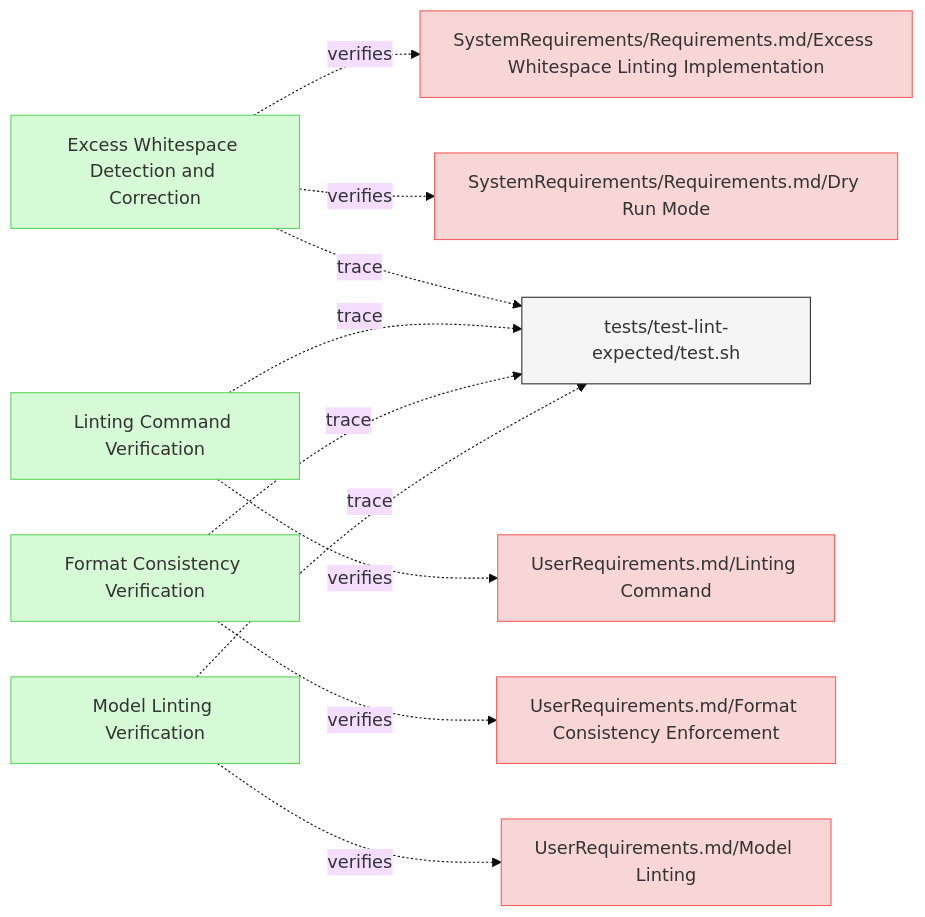
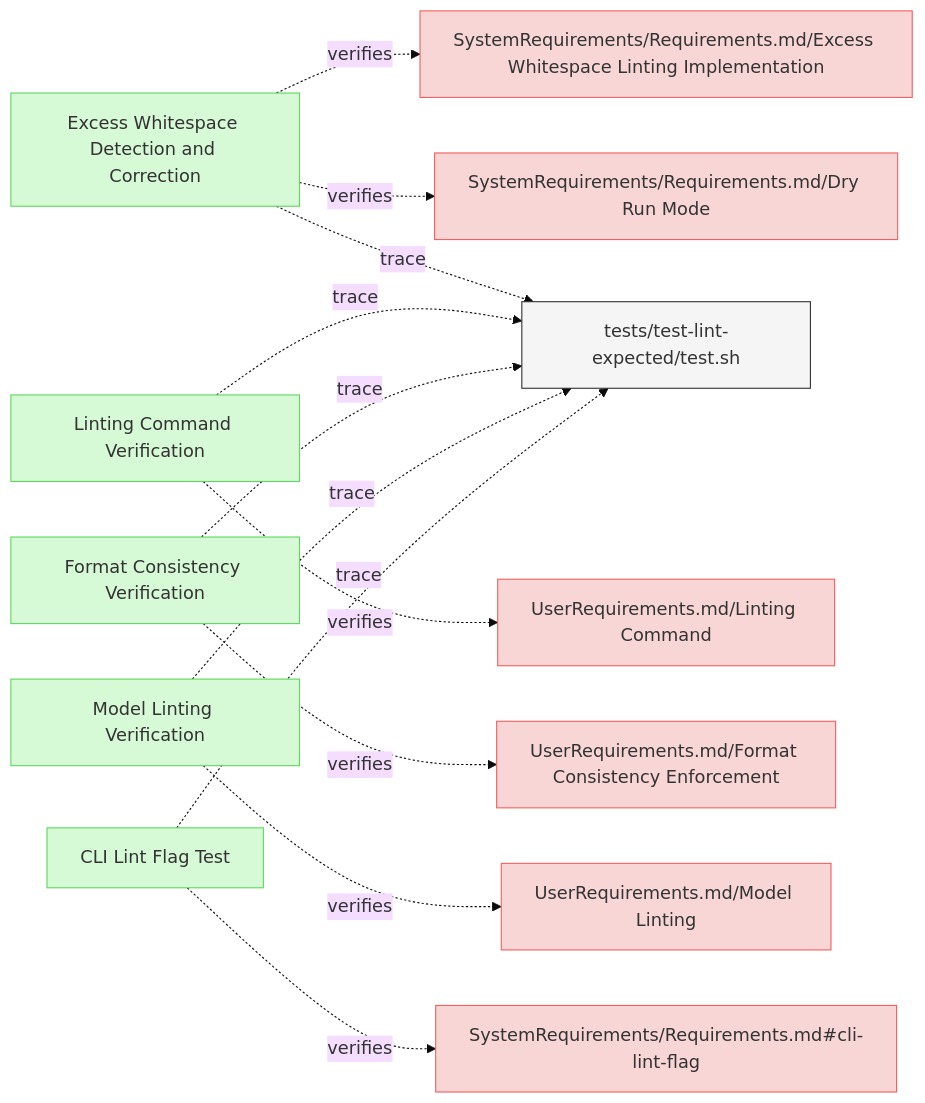
One commit to reqvire-org/reqvire changed the first of 3 diagrams in specifications/Verifications/LintingTests.md. Above: the diagram before and after it, drawn with Mermaid (base theme). The commit also changed other lines of this file and 4 other files, not shown here.

````diff
--- a/specifications/Verifications/LintingTests.md
+++ b/specifications/Verifications/LintingTests.md
@@ -6,51 +6,60 @@
 ```mermaid
 graph LR;
   %% Graph styling
   classDef requirement fill:#f9d6d6,stroke:#f55f5f,stroke-width:1px;
   classDef verification fill:#d6f9d6,stroke:#5fd75f,stroke-width:1px;
   classDef externalLink fill:#d0e0ff,stroke:#3080ff,stroke-width:1px;
   classDef default fill:#f5f5f5,stroke:#333333,stroke-width:1px;
 
   4cd0fe733f182d5c["Excess Whitespace Detection and Correction"];
   click 4cd0fe733f182d5c "LintingTests.md#excess-whitespace-detection-and-correction";
   class 4cd0fe733f182d5c verification;
   3f3d3f9ccb15029a["SystemRequirements/Requirements.md/Excess Whitespace Linting Implementation"];
   class 3f3d3f9ccb15029a requirement;
   click 3f3d3f9ccb15029a "../SystemRequirements/Requirements.md#excess-whitespace-linting-implementation";
   4cd0fe733f182d5c -.->|verifies| 3f3d3f9ccb15029a;
   8f2198f681f63fea["SystemRequirements/Requirements.md/Dry Run Mode"];
   class 8f2198f681f63fea requirement;
   click 8f2198f681f63fea "../SystemRequirements/Requirements.md#dry-run-mode";
   4cd0fe733f182d5c -.->|verifies| 8f2198f681f63fea;
   3de539f546654b01["tests/test-lint-expected/test.sh"];
   class 3de539f546654b01 default;
   click 3de539f546654b01 "../../tests/test-lint-expected/test.sh";
   4cd0fe733f182d5c -.->|trace| 3de539f546654b01;
   
   linting_command_verification["Linting Command Verification"];
   click linting_command_verification "LintingTests.md#linting-command-verification";
   class linting_command_verification verification;
   linting_command_req["UserRequirements.md/Linting Command"];
   class linting_command_req requirement;
   click linting_command_req "../UserRequirements.md#linting-command";
   linting_command_verification -.->|verifies| linting_command_req;
   linting_command_verification -.->|trace| 3de539f546654b01;
   
   format_consistency_verification["Format Consistency Verification"];
   click format_consistency_verification "LintingTests.md#format-consistency-verification";
   class format_consistency_verification verification;
   format_consistency_req["UserRequirements.md/Format Consistency Enforcement"];
   class format_consistency_req requirement;
   click format_consistency_req "../UserRequirements.md#format-consistency-enforcement";
   format_consistency_verification -.->|verifies| format_consistency_req;
   format_consistency_verification -.->|trace| 3de539f546654b01;
   
   model_linting_verification["Model Linting Verification"];
   click model_linting_verification "LintingTests.md#model-linting-verification";
   class model_linting_verification verification;
   model_linting_req["UserRequirements.md/Model Linting"];
   class model_linting_req requirement;
   click model_linting_req "../UserRequirements.md#model-linting";
   model_linting_verification -.->|verifies| model_linting_req;
   model_linting_verification -.->|trace| 3de539f546654b01;
+  
+  cli_lint_verification["CLI Lint Flag Test"];
+  click cli_lint_verification "LintingTests.md#cli-lint-flag-test";
+  class cli_lint_verification verification;
+  cli_lint_req["SystemRequirements/Requirements.md#cli-lint-flag"];
+  class cli_lint_req requirement;
+  click cli_lint_req "../SystemRequirements/Requirements.md#cli-lint-flag";
+  cli_lint_verification -.->|verifies| cli_lint_req;
+  cli_lint_verification -.->|trace| 3de539f546654b01;
 ```
````
